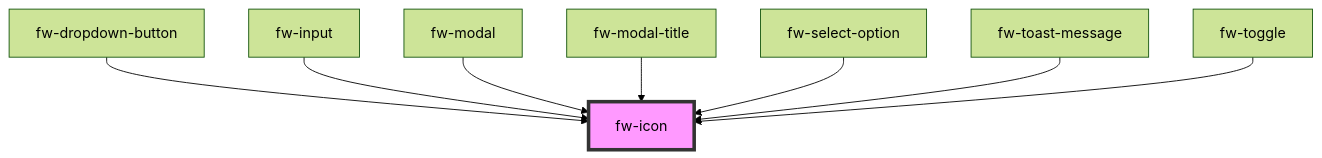
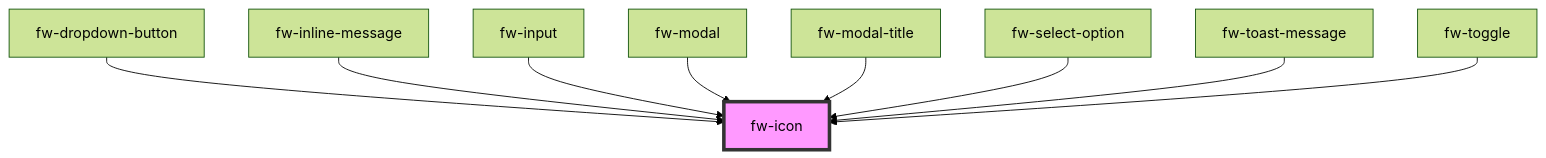
The diagram in packages/crayons-core/src/components/icon/readme.md (freshworks/crayons), drawn with Mermaid (forest theme) before and after one commit. The commit also changed other lines of this file and 6 other files, not shown here.

First line of the commit message:
feat(inline-message): adding inline messages feature (#270)

````diff
--- a/packages/crayons-core/src/components/icon/readme.md
+++ b/packages/crayons-core/src/components/icon/readme.md
@@ -70,11 +64,12 @@
 ```mermaid
 graph TD;
   fw-dropdown-button --> fw-icon
+  fw-inline-message --> fw-icon
   fw-input --> fw-icon
   fw-modal --> fw-icon
   fw-modal-title --> fw-icon
   fw-select-option --> fw-icon
   fw-toast-message --> fw-icon
   fw-toggle --> fw-icon
   style fw-icon fill:#f9f,stroke:#333,stroke-width:4px
 ```
````
